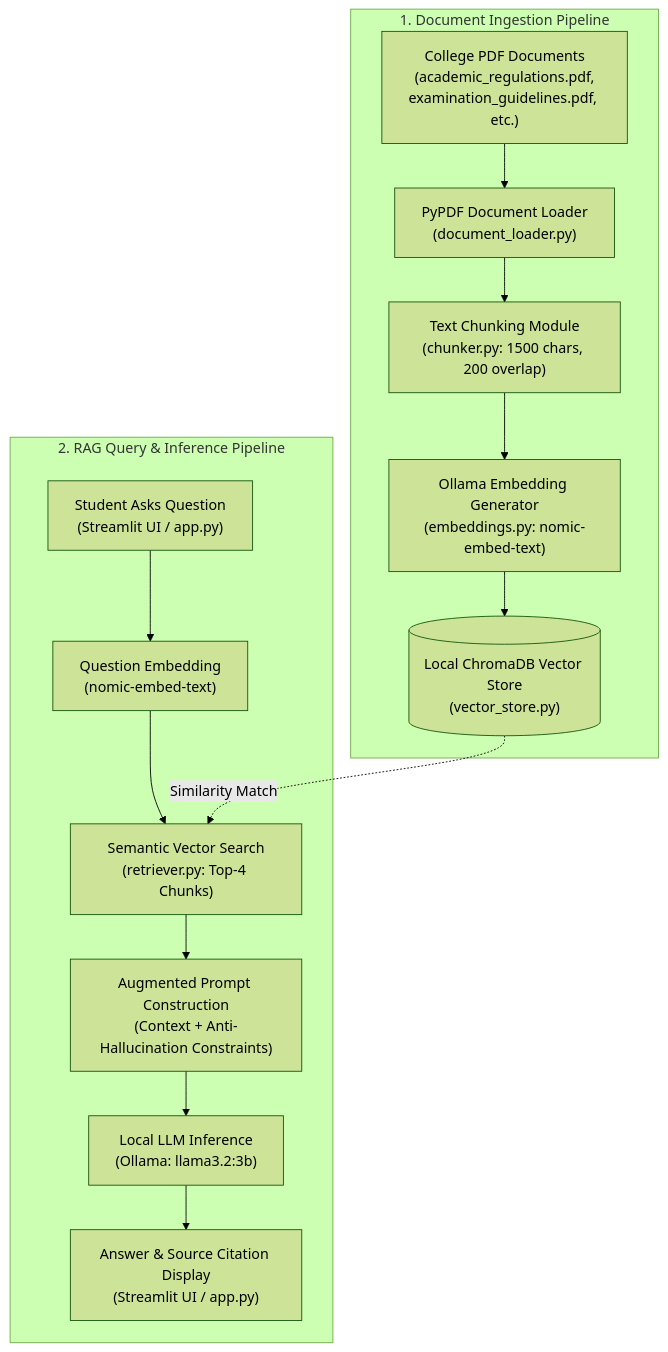
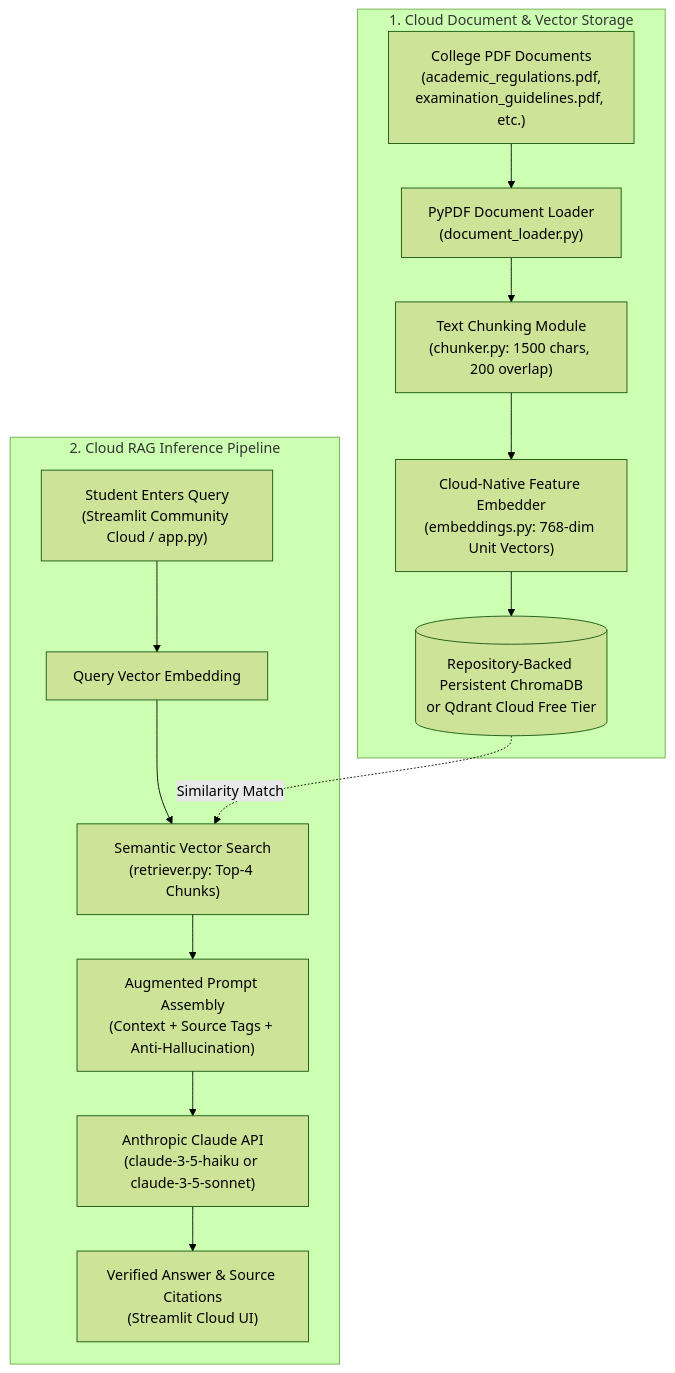
Before and after one commit to co2023smniyazi/DocuMind-AI: the diagram in README.md, drawn with Mermaid (forest theme). The commit also changed other lines of this file and 37 other files, not shown here.

````diff
--- a/README.md
+++ b/README.md
@@ -35,18 +25,18 @@
 ```mermaid
 flowchart TD
-    subgraph INGESTION["1. Document Ingestion Pipeline"]
+    subgraph CLOUD_STORAGE["1. Cloud Document & Vector Storage"]
         A["College PDF Documents\n(academic_regulations.pdf,\nexamination_guidelines.pdf, etc.)"] --> B["PyPDF Document Loader\n(document_loader.py)"]
         B --> C["Text Chunking Module\n(chunker.py: 1500 chars, 200 overlap)"]
-        C --> D["Ollama Embedding Generator\n(embeddings.py: nomic-embed-text)"]
-        D --> E[("Local ChromaDB Vector Store\n(vector_store.py)")]
+        C --> D["Cloud-Native Feature Embedder\n(embeddings.py: 768-dim Unit Vectors)"]
+        D --> E[("Repository-Backed Persistent ChromaDB\nor Qdrant Cloud Free Tier")]
     end
 
-    subgraph QUERY["2. RAG Query & Inference Pipeline"]
-        F["Student Asks Question\n(Streamlit UI / app.py)"] --> G["Question Embedding\n(nomic-embed-text)"]
+    subgraph CLOUD_RAG["2. Cloud RAG Inference Pipeline"]
+        F["Student Enters Query\n(Streamlit Community Cloud / app.py)"] --> G["Query Vector Embedding"]
         G --> H["Semantic Vector Search\n(retriever.py: Top-4 Chunks)"]
         E -.->|Similarity Match| H
-        H --> I["Augmented Prompt Construction\n(Context + Anti-Hallucination Constraints)"]
-        I --> J["Local LLM Inference\n(Ollama: llama3.2:3b)"]
-        J --> K["Answer & Source Citation Display\n(Streamlit UI / app.py)"]
+        H --> I["Augmented Prompt Assembly\n(Context + Source Tags + Anti-Hallucination)"]
+        I --> J["Anthropic Claude API\n(claude-3-5-haiku or claude-3-5-sonnet)"]
+        J --> K["Verified Answer & Source Citations\n(Streamlit Cloud UI)"]
     end
 ```
````
